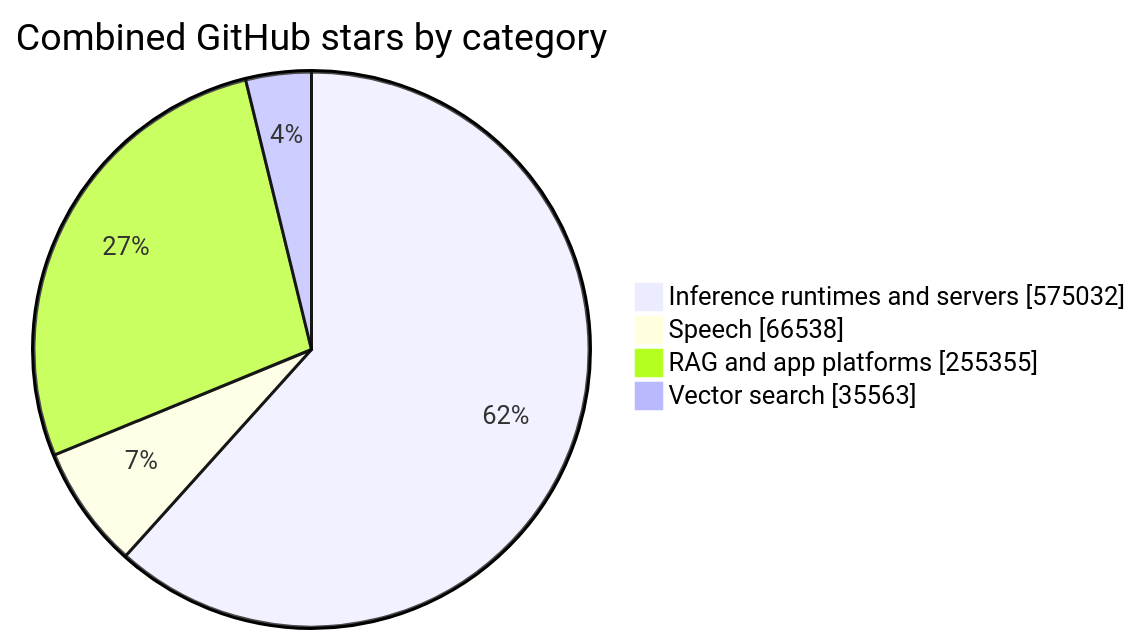
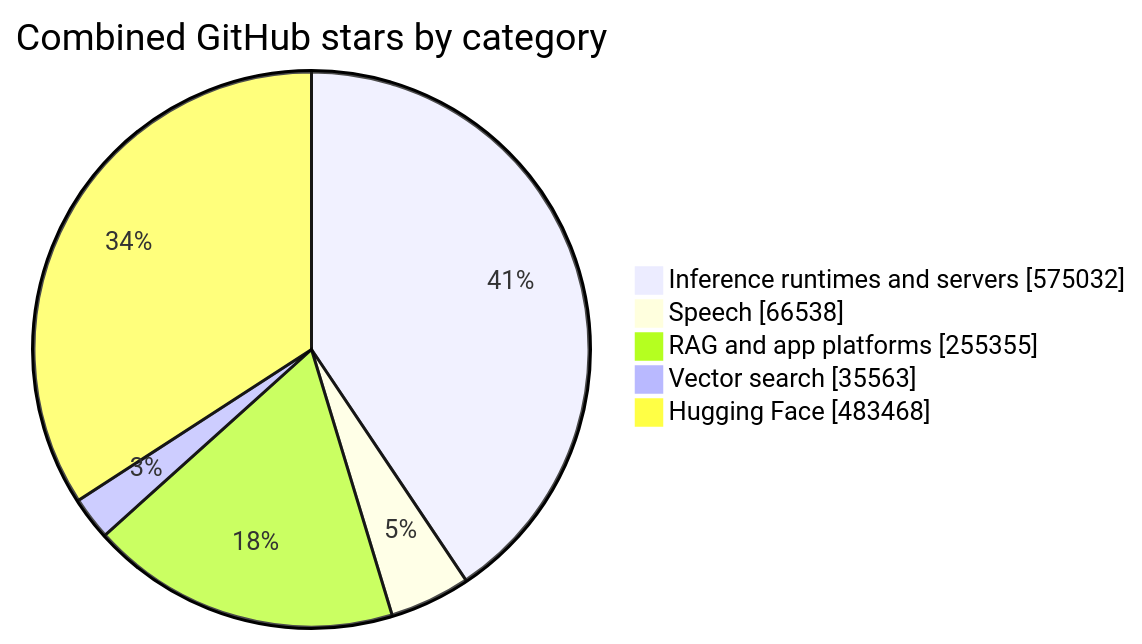
Before and after one commit to EdisonTKPcom/Awesome-Craft-AI: the diagram in README.md, drawn with Mermaid. The commit also changed other lines of this file, not shown here.

````diff
--- a/README.md
+++ b/README.md
@@ -61,8 +64,9 @@
 ```mermaid
 pie showData
     title Combined GitHub stars by category
     "Inference runtimes and servers" : 575032
     "Speech" : 66538
     "RAG and app platforms" : 255355
     "Vector search" : 35563
+    "Hugging Face" : 483468
 ```
````
